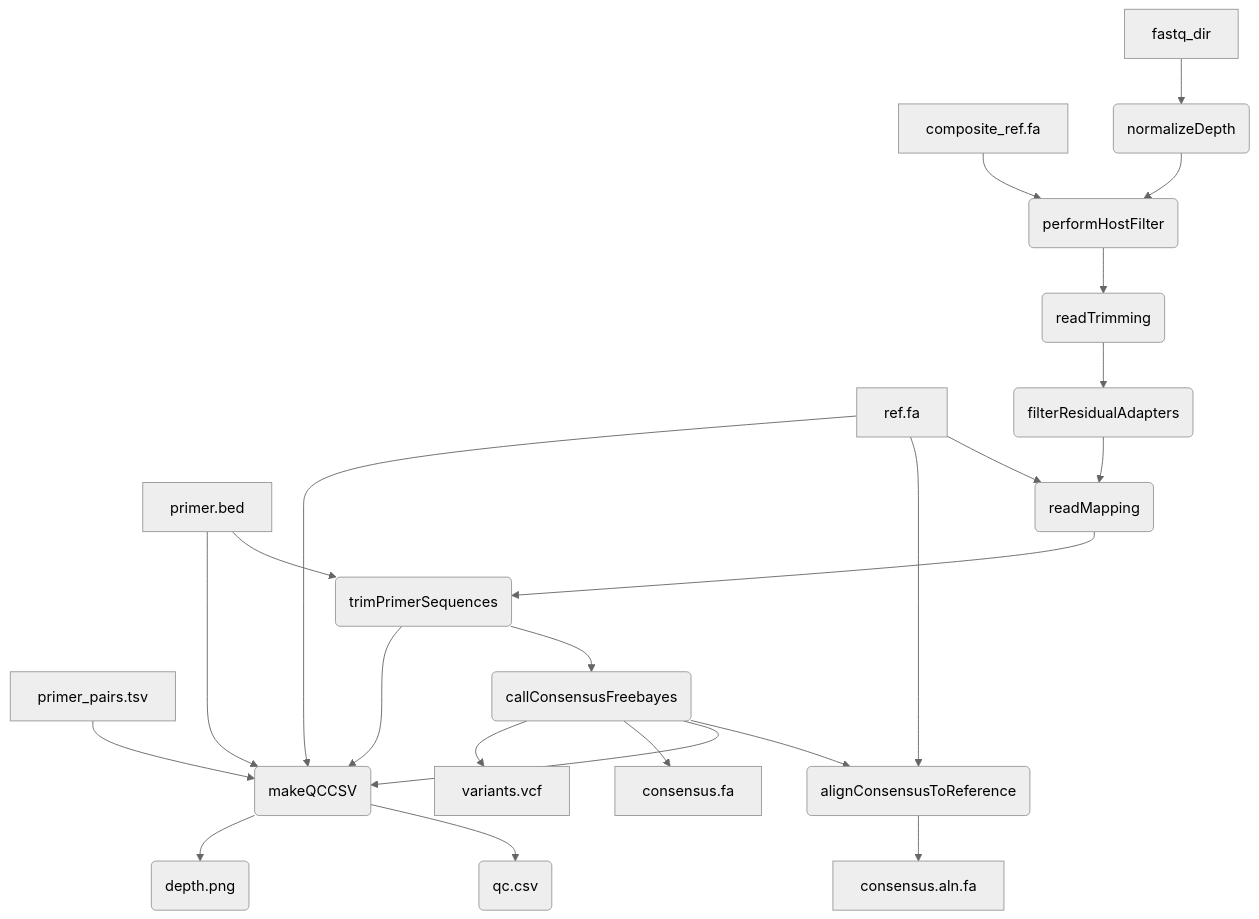
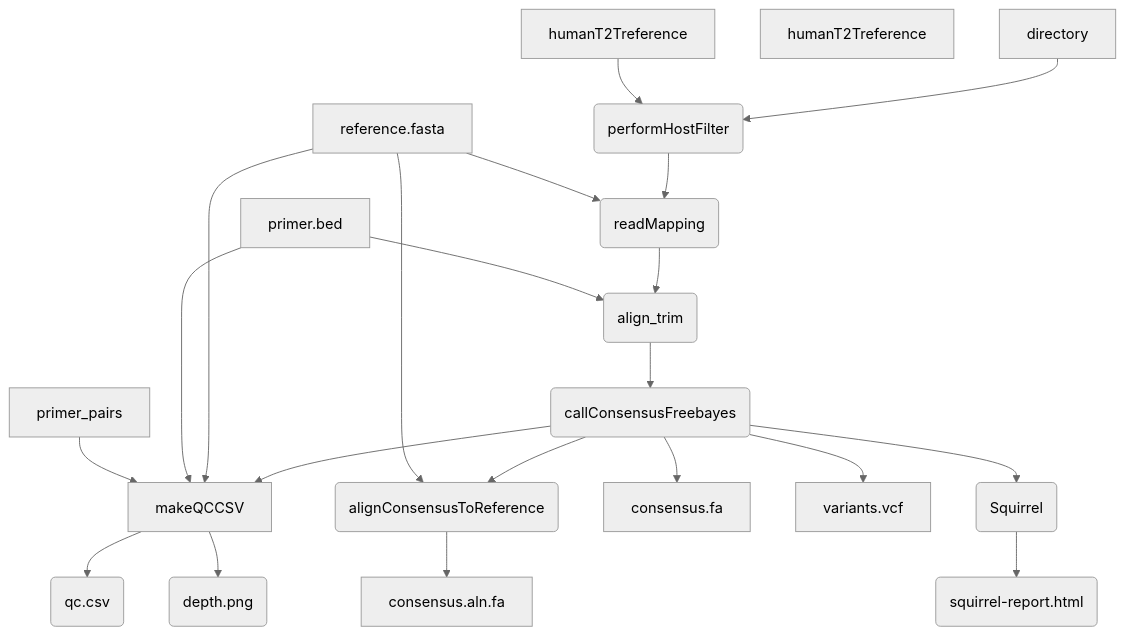
The diagram in README.md (artic-network/artic-mpxv-illumina-nf), drawn with Mermaid (neutral theme) before and after one commit. The commit also changed other lines of this file and 2 other files, not shown here.

````diff
--- a/README.md
+++ b/README.md
@@ -10,30 +8,27 @@
 ```mermaid
 flowchart TD
-  ref[ref.fa]
-  composite_ref[composite_ref.fa]
+  ref[reference.fasta]
   primers[primer.bed]
-  primer_pairs[primer_pairs.tsv]
-  fastq[fastq_dir]
-  fastq --> normalizeDepth(normalizeDepth)
-  composite_ref --> performHostFilter
-  normalizeDepth(normalizeDepth) --> performHostFilter(performHostFilter) 
-  performHostFilter(performHostFilter) --> readTrimming(readTrimming)
-  readTrimming(readTrimming) --> filterResidualAdapters(filterResidualAdapters)
-  filterResidualAdapters --> readMapping(readMapping)
+  fastq[directory]
+  human-t2t-hla[humanT2Treference]
+  fastq --> performHostFilter
+  humanT2Treference --> performHostFilter
+  performHostFilter(performHostFilter) --> readMapping(readMapping)
   ref --> readMapping(readMapping)
-  readMapping(readMapping) --> trimPrimerSequences(trimPrimerSequences)
-  primers --> trimPrimerSequences(trimPrimerSequences)
-  trimPrimerSequences(trimPrimerSequences) --> callConsensusFreebayes(callConsensusFreebayes)
+  readMapping(readMapping) --> align_trim(align_trim)
+  primers --> align_trim(align_trim)
+  align_trim(align_trim) --> callConsensusFreebayes(callConsensusFreebayes)
   callConsensusFreebayes(callConsensusFreebayes) --> alignConsensusToReference(alignConsensusToReference)
   ref --> alignConsensusToReference
   alignConsensusToReference --> consensusAlignment[consensus.aln.fa]
-  trimPrimerSequences --> makeQCCSV(makeQCCSV)
   callConsensusFreebayes --> makeQCCSV
   callConsensusFreebayes --> consensus[consensus.fa]
   callConsensusFreebayes --> variants[variants.vcf]
+  callConsensusFreebayes --> Squirrel(Squirrel)
   ref --> makeQCCSV
   primers --> makeQCCSV
   primer_pairs --> makeQCCSV
   makeQCCSV --> qcCSV(qc.csv)
   makeQCCSV --> depthPNG(depth.png)
+  Squirrel --> SquirrelReport(squirrel-report.html)
 ```
````
